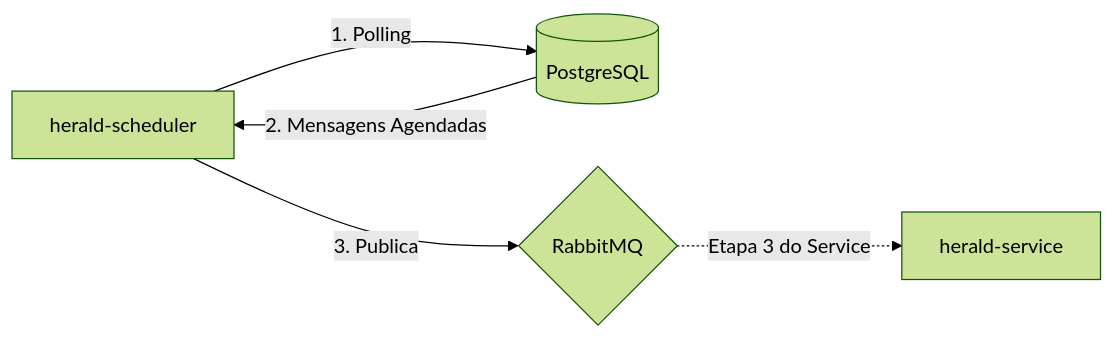
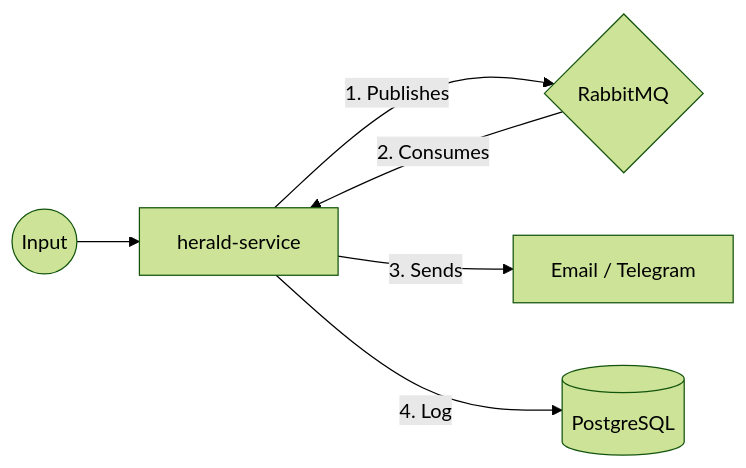
The third of 3 diagrams in README.md (YuriOlivs/notification-system), drawn with Mermaid (forest theme) before and after one commit. The commit also changed other lines of this file, not shown here.

Commit message:
Update flow diagrams and section headers in README

````diff
--- a/README.md
+++ b/README.md
@@ -45,7 +44,8 @@
 ```mermaid
 graph LR
-    Sched[herald-scheduler] -->|1. Polling| DB[(PostgreSQL)]
-    DB -->|2. Mensagens Agendadas| Sched
-    Sched -->|3. Publica| RMQ{RabbitMQ}
-    RMQ -.->|Etapa 3 do Service | Service[herald-service]
+    Input((Input)) --> Service[herald-service]
+    Service -->|1. Publishes| RMQ{RabbitMQ}
+    RMQ -->|2. Consumes| Service
+    Service -->|3. Sends| Channels[Email / Telegram]
+    Service -->|4. Log| DB[(PostgreSQL)]
 ```
````
